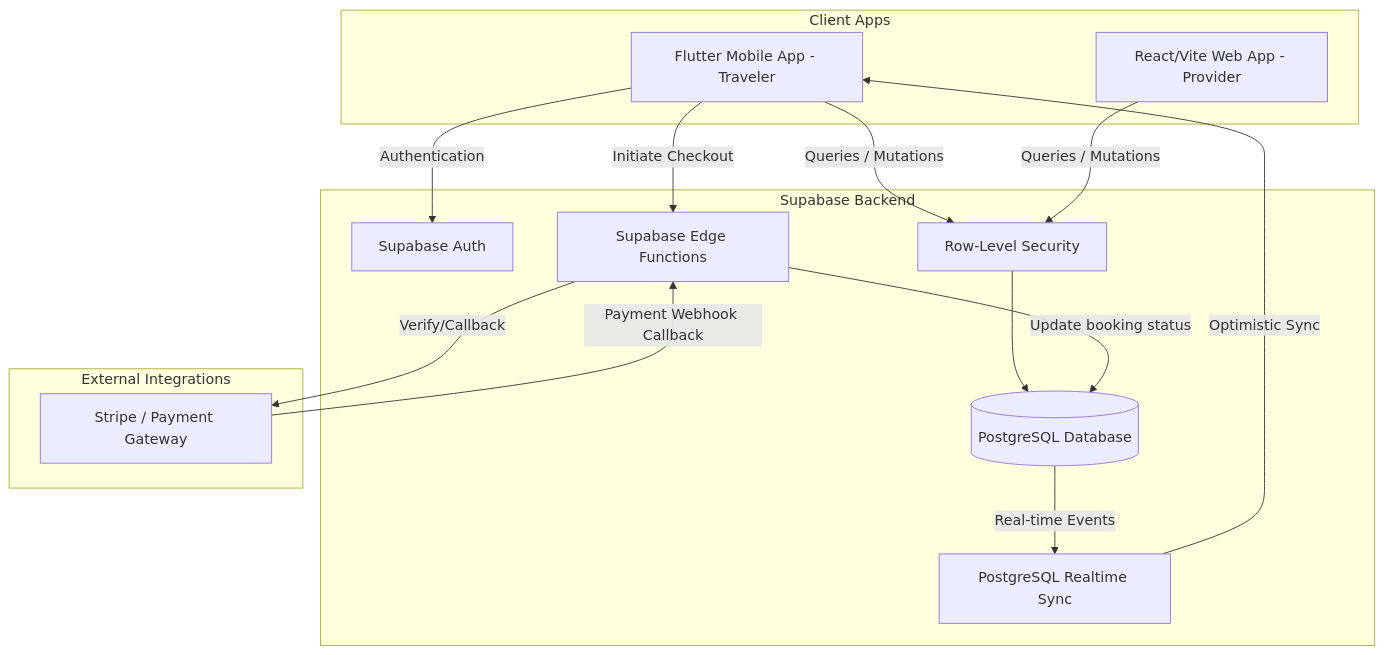
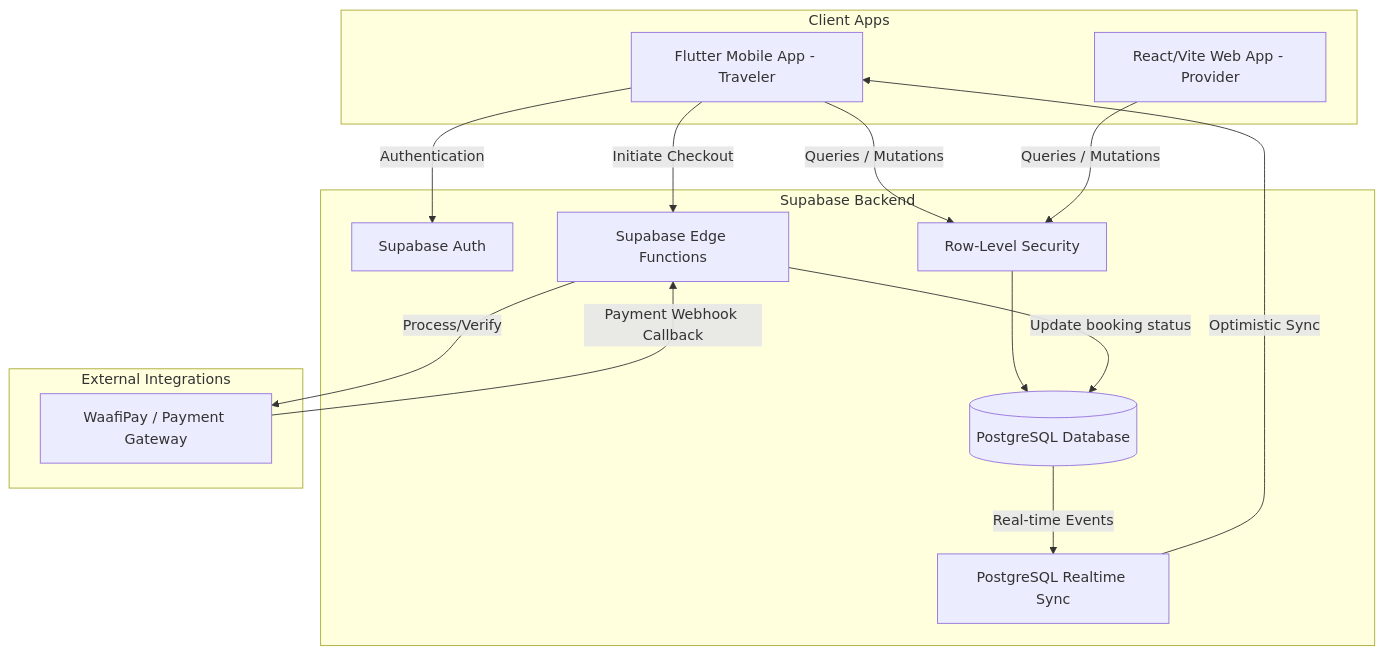
One commit to ahmedOsman64/Somsafar-app changed the diagram in README.md. Above: the diagram before and after it, drawn with Mermaid. The commit also changed other lines of this file, not shown here.

Commit message:
docs: update README with WaafiPay details, additional edge functions, and auto-confirm cron job

````diff
--- a/README.md
+++ b/README.md
@@ -33,30 +33,30 @@
 ```mermaid
 graph TD
     subgraph Client Apps
         Flutter[Flutter Mobile App - Traveler]
         React[React/Vite Web App - Provider]
     end
 
     subgraph Supabase Backend
         Auth[Supabase Auth]
         DB[(PostgreSQL Database)]
         RLS[Row-Level Security]
         Realtime[PostgreSQL Realtime Sync]
         Edge[Supabase Edge Functions]
     end
 
     subgraph External Integrations
-        Stripe[Stripe / Payment Gateway]
+        WaafiPay[WaafiPay / Payment Gateway]
     end
 
     Flutter -->|Authentication| Auth
     Flutter -->|Queries / Mutations| RLS
     React -->|Queries / Mutations| RLS
     RLS --> DB
     DB -->|Real-time Events| Realtime
     Realtime -->|Optimistic Sync| Flutter
     Flutter -->|Initiate Checkout| Edge
-    Edge -->|Verify/Callback| Stripe
-    Stripe -->|Payment Webhook Callback| Edge
+    Edge -->|Process/Verify| WaafiPay
+    WaafiPay -->|Payment Webhook Callback| Edge
     Edge -->|Update booking status| DB
 ```
````
